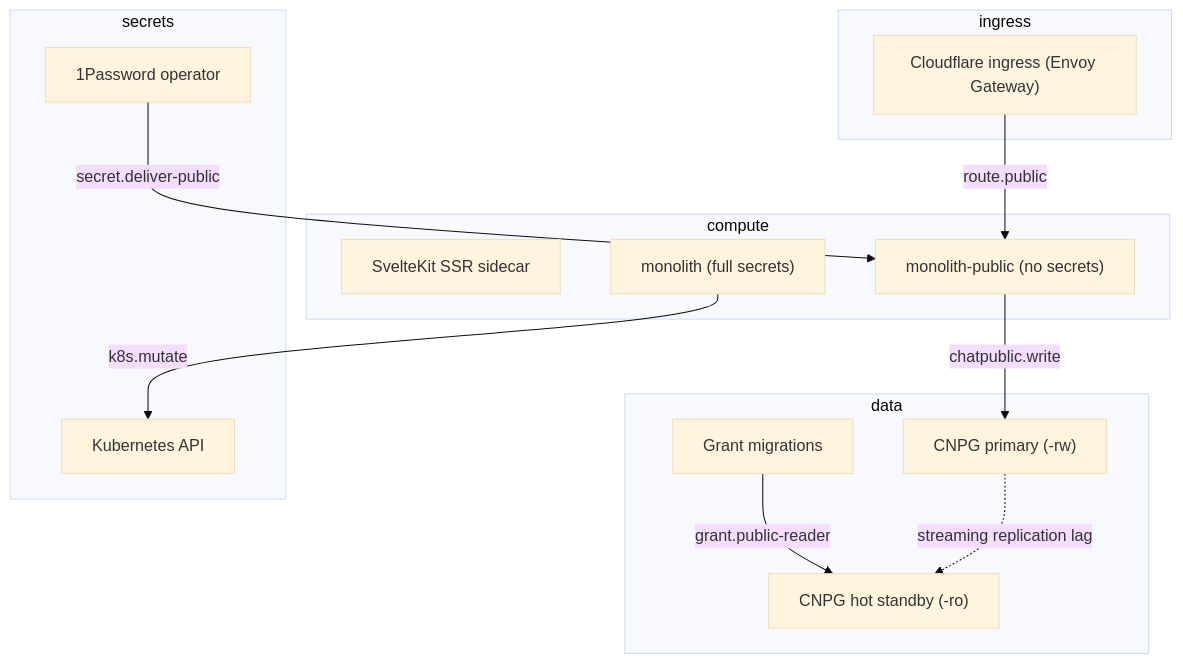
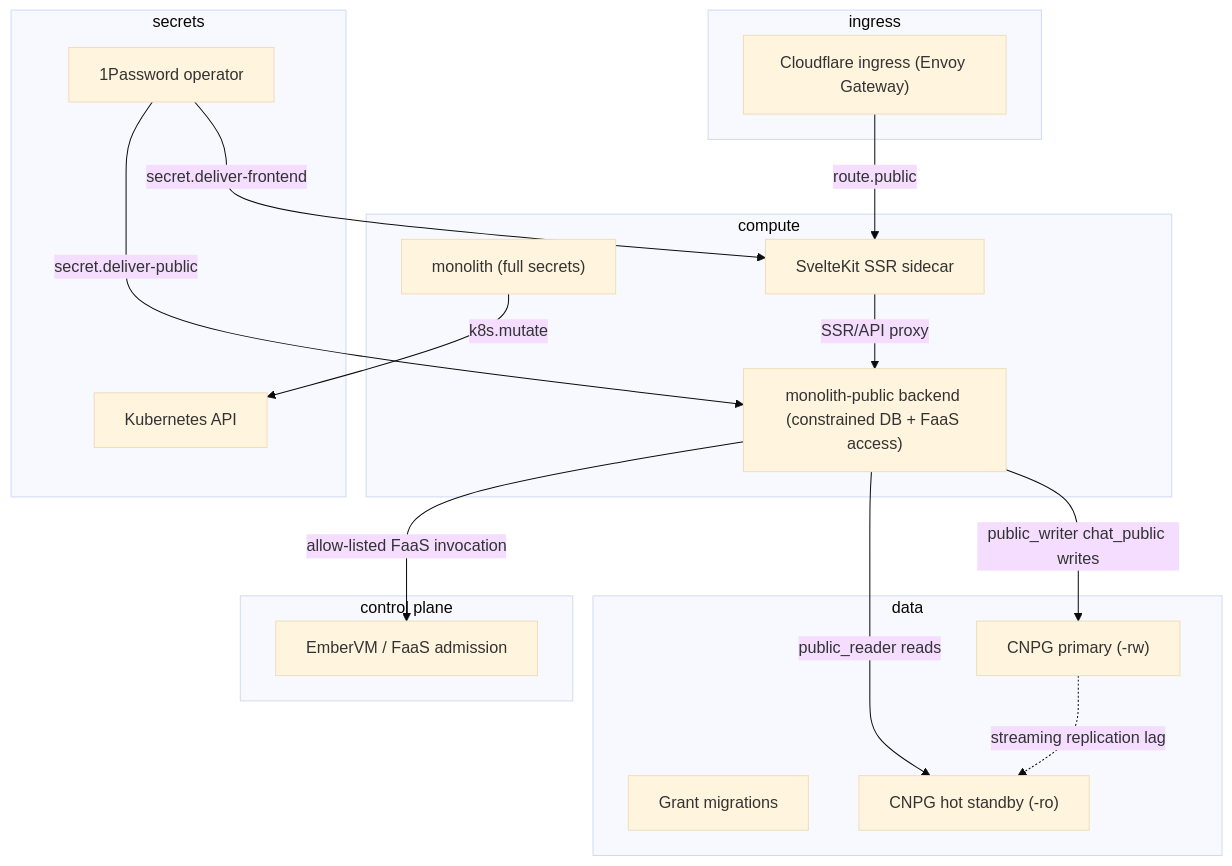
The second of 2 diagrams in projects/monolith/STPA.md (jomcgi-org/homelab), drawn with Mermaid (base theme) before and after one commit. The commit also changed other lines of this file, not shown here.

Commit message:
docs: refresh monolith STPA analysis

````diff
--- a/projects/monolith/STPA.md
+++ b/projects/monolith/STPA.md
@@ -66,26 +68,32 @@
 ```mermaid
 flowchart TD
   subgraph compute["compute"]
     frontend-ssr["SvelteKit SSR sidecar"]
     private-binary["monolith (full secrets)"]
-    public-binary["monolith-public (no secrets)"]
+    public-binary["monolith-public backend (constrained DB + FaaS access)"]
   end
   subgraph data["data"]
     migrations["Grant migrations"]
     pg-primary["CNPG primary (-rw)"]
     pg-replica["CNPG hot standby (-ro)"]
   end
   subgraph ingress["ingress"]
     cf-ingress["Cloudflare ingress (Envoy Gateway)"]
   end
+  subgraph control["control plane"]
+    embervm["EmberVM / FaaS admission"]
+  end
   subgraph secrets["secrets"]
     k8s-api["Kubernetes API"]
     onepassword["1Password operator"]
   end
-  public-binary -- "chatpublic.write" --> pg-primary
-  migrations -- "grant.public-reader" --> pg-replica
+  public-binary -- "public_reader reads" --> pg-replica
+  public-binary -- "public_writer chat_public writes" --> pg-primary
+  public-binary -- "allow-listed FaaS invocation" --> embervm
   private-binary -- "k8s.mutate" --> k8s-api
-  cf-ingress -- "route.public" --> public-binary
+  cf-ingress -- "route.public" --> frontend-ssr
+  frontend-ssr -- "SSR/API proxy" --> public-binary
   onepassword -- "secret.deliver-public" --> public-binary
+  onepassword -- "secret.deliver-frontend" --> frontend-ssr
   pg-primary -. "streaming replication lag" .-> pg-replica
 ```
````
